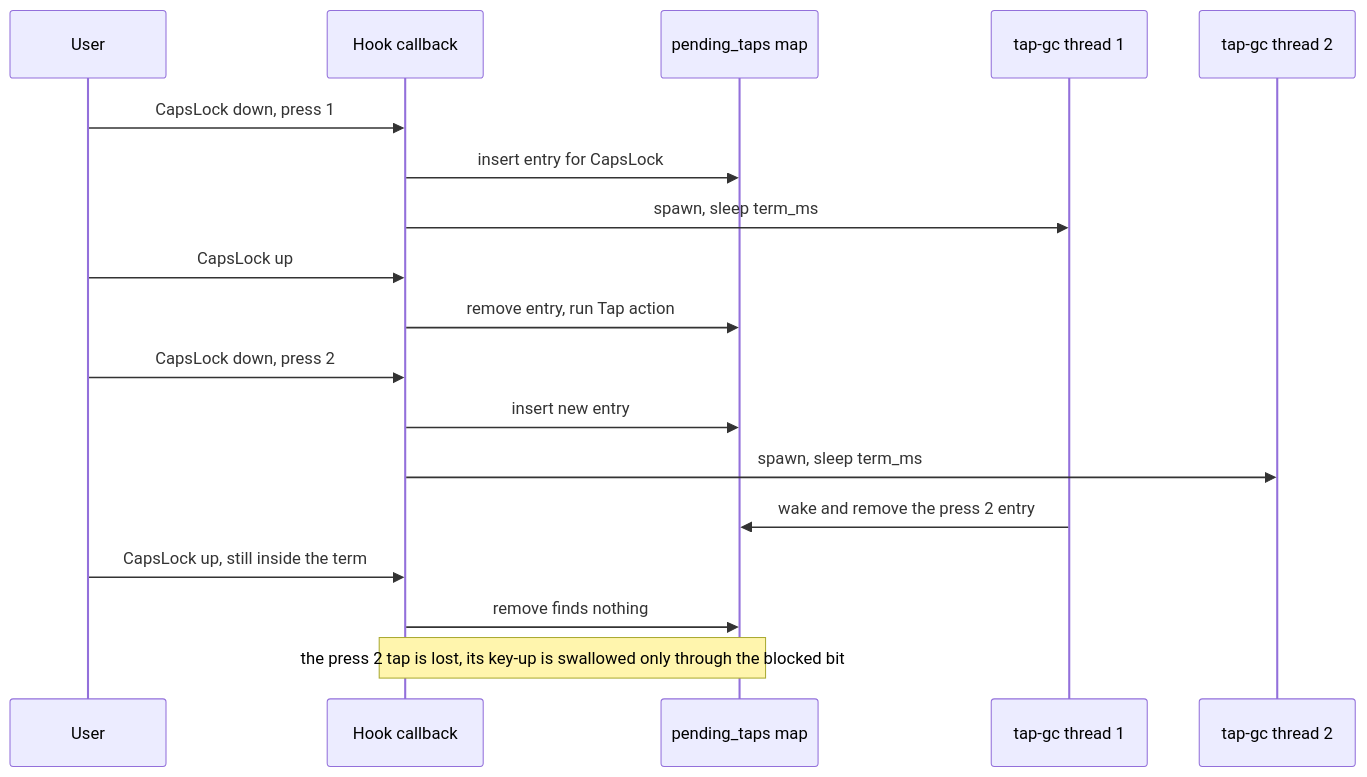
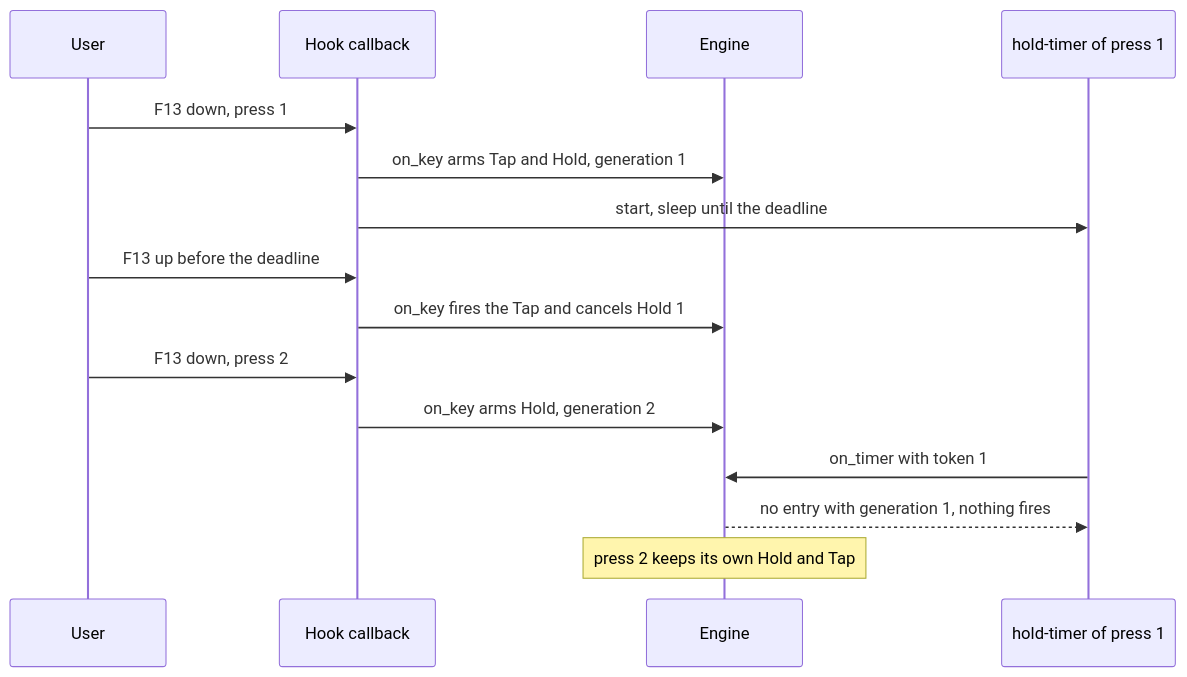
One commit to bluesteelll/key-switch-rs changed the fifth of 7 diagrams in book/src/architecture.md. Above: the diagram before and after it, drawn with Mermaid. The commit also changed other lines of this file and 19 other files, not shown here.

First line of the commit message:
Book: describe master after roadmap Phase 0 (1dfd80a)

````diff
--- a/book/src/architecture.md
+++ b/book/src/architecture.md
@@ -309,20 +340,17 @@
 ```mermaid
 sequenceDiagram
     participant U as User
     participant CB as Hook callback
-    participant M as pending_taps map
-    participant T1 as tap-gc thread 1
-    participant T2 as tap-gc thread 2
-    U->>CB: CapsLock down, press 1
-    CB->>M: insert entry for CapsLock
-    CB->>T1: spawn, sleep term_ms
-    U->>CB: CapsLock up
-    CB->>M: remove entry, run Tap action
-    U->>CB: CapsLock down, press 2
-    CB->>M: insert new entry
-    CB->>T2: spawn, sleep term_ms
-    T1->>M: wake and remove the press 2 entry
-    U->>CB: CapsLock up, still inside the term
-    CB->>M: remove finds nothing
-    Note over CB,M: the press 2 tap is lost, its key-up is swallowed only through the blocked bit
+    participant E as Engine
+    participant T1 as hold-timer of press 1
+    U->>CB: F13 down, press 1
+    CB->>E: on_key arms Tap and Hold, generation 1
+    CB->>T1: start, sleep until the deadline
+    U->>CB: F13 up before the deadline
+    CB->>E: on_key fires the Tap and cancels Hold 1
+    U->>CB: F13 down, press 2
+    CB->>E: on_key arms Hold, generation 2
+    T1->>E: on_timer with token 1
+    E-->>T1: no entry with generation 1, nothing fires
+    Note over E: press 2 keeps its own Hold and Tap
 ```
````
